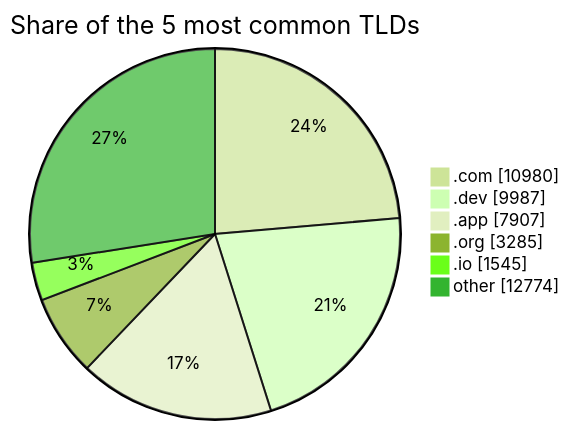
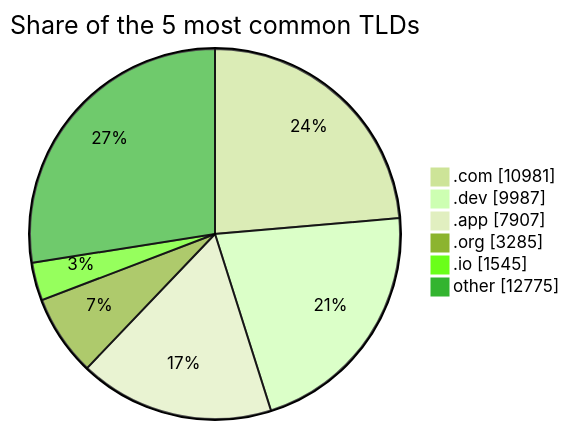
The third of 3 diagrams in README.md (DNSBunker/CTI), drawn with Mermaid (forest theme) before and after one commit. The commit also changed other lines of this file and 3 other files, not shown here.

````diff
--- a/README.md
+++ b/README.md
@@ -81,9 +81,9 @@
 ```mermaid
 pie showData title Share of the 5 most common TLDs
-    ".com" : 10980
+    ".com" : 10981
     ".dev" : 9987
     ".app" : 7907
     ".org" : 3285
     ".io" : 1545
-    "other" : 12774
+    "other" : 12775
 ```
````
